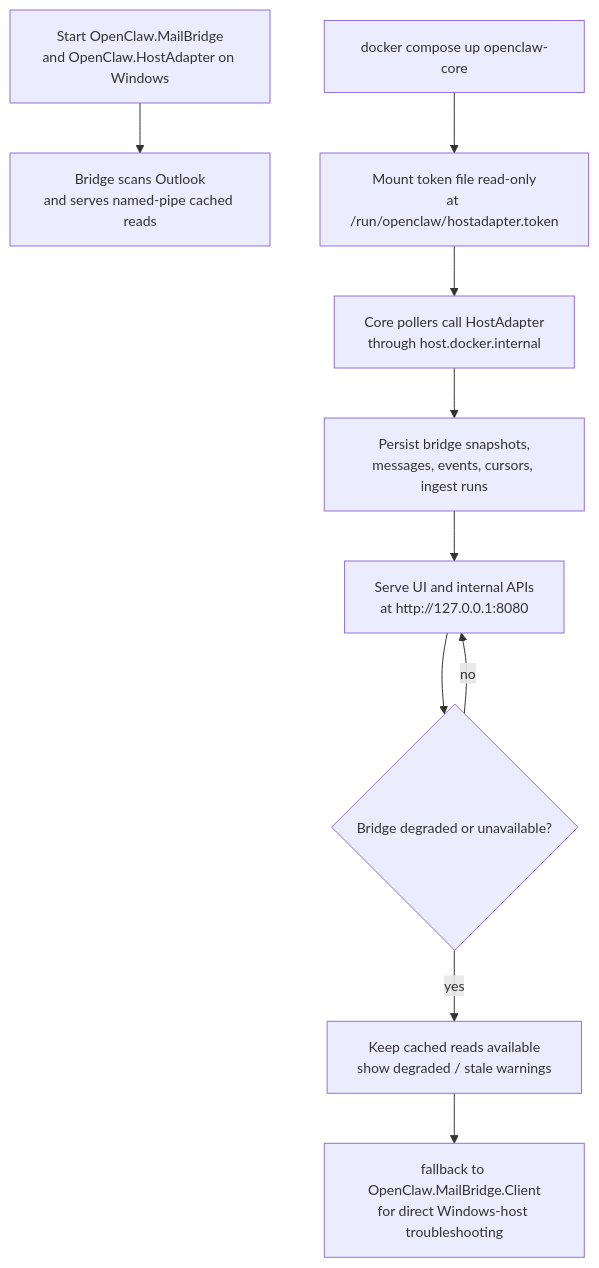
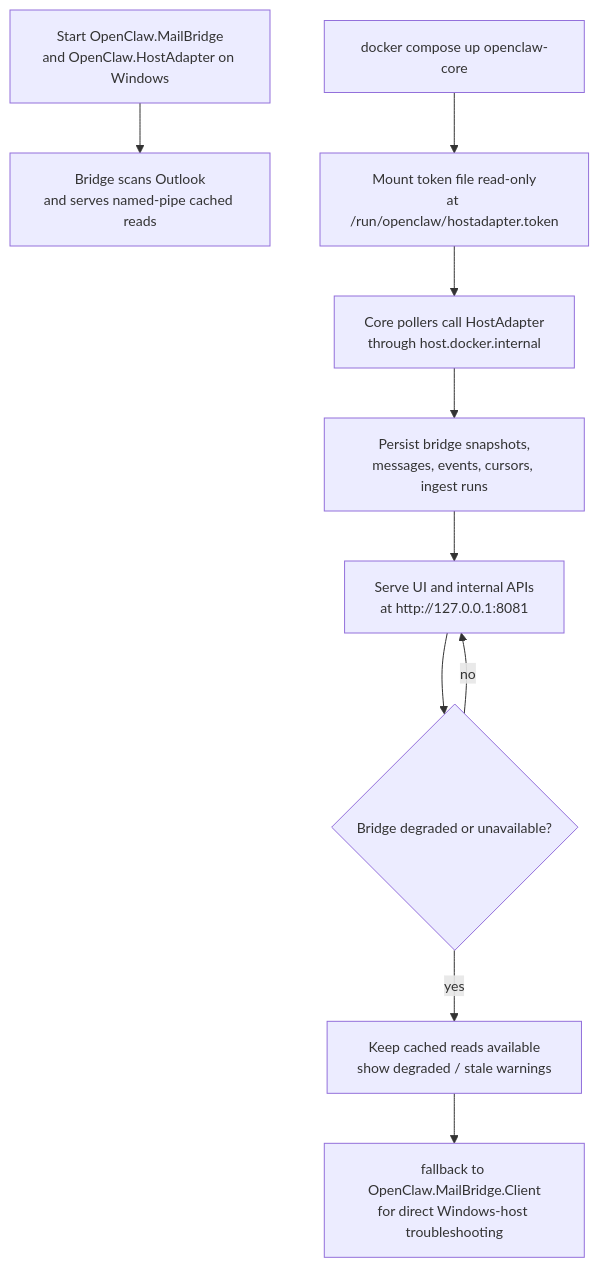
Diagram 12 of 12 in docs/architecture-diagrams.md (drmoisan/open-claw-bridge), drawn with Mermaid before and after one commit. The commit also changed other lines of this file and 12 other files, not shown here.

````diff
--- a/docs/architecture-diagrams.md
+++ b/docs/architecture-diagrams.md
@@ -496,19 +496,19 @@
 ```mermaid
 %%{init: {"themeVariables": {"fontSize": "14px"}}}%%
 flowchart TB
     HostStart["Start OpenClaw.MailBridge<br/>and OpenClaw.HostAdapter on Windows"]
     HostReady["Bridge scans Outlook<br/>and serves named-pipe cached reads"]
     ContainerStart["docker compose up openclaw-core"]
     TokenMount["Mount token file read-only<br/>at /run/openclaw/hostadapter.token"]
     Poll["Core pollers call HostAdapter<br/>through host.docker.internal"]
     Cache["Persist bridge snapshots,<br/>messages, events, cursors, ingest runs"]
-    Serve["Serve UI and internal APIs<br/>at http://127.0.0.1:8080"]
+    Serve["Serve UI and internal APIs<br/>at http://127.0.0.1:8081"]
     Degraded{"Bridge degraded or unavailable?"}
     Warn["Keep cached reads available<br/>show degraded / stale warnings"]
     Fallback["fallback to OpenClaw.MailBridge.Client<br/>for direct Windows-host troubleshooting"]
 
     HostStart --> HostReady
     ContainerStart --> TokenMount --> Poll --> Cache --> Serve --> Degraded
     Degraded -- "no" --> Serve
     Degraded -- "yes" --> Warn --> Fallback
 ```
````
